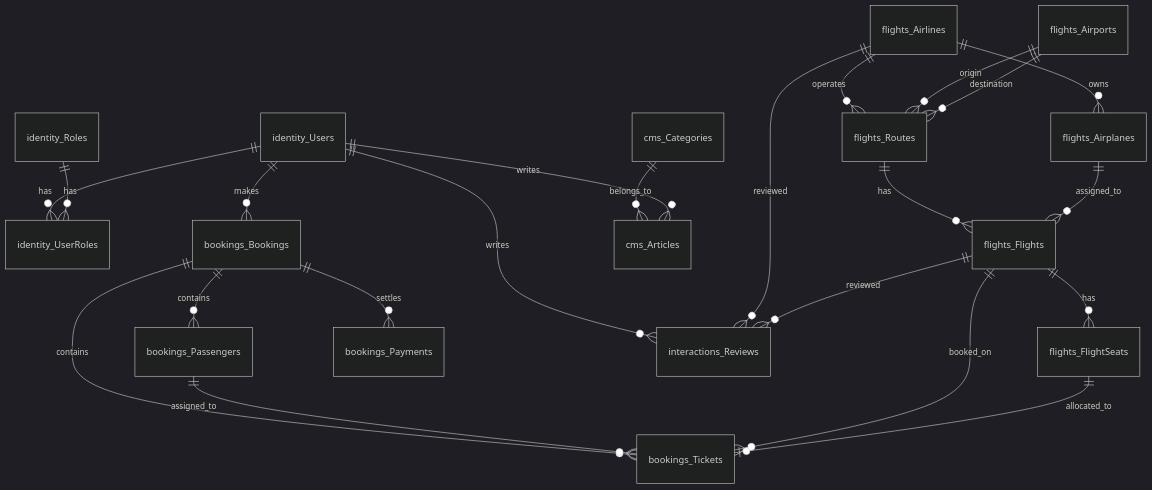
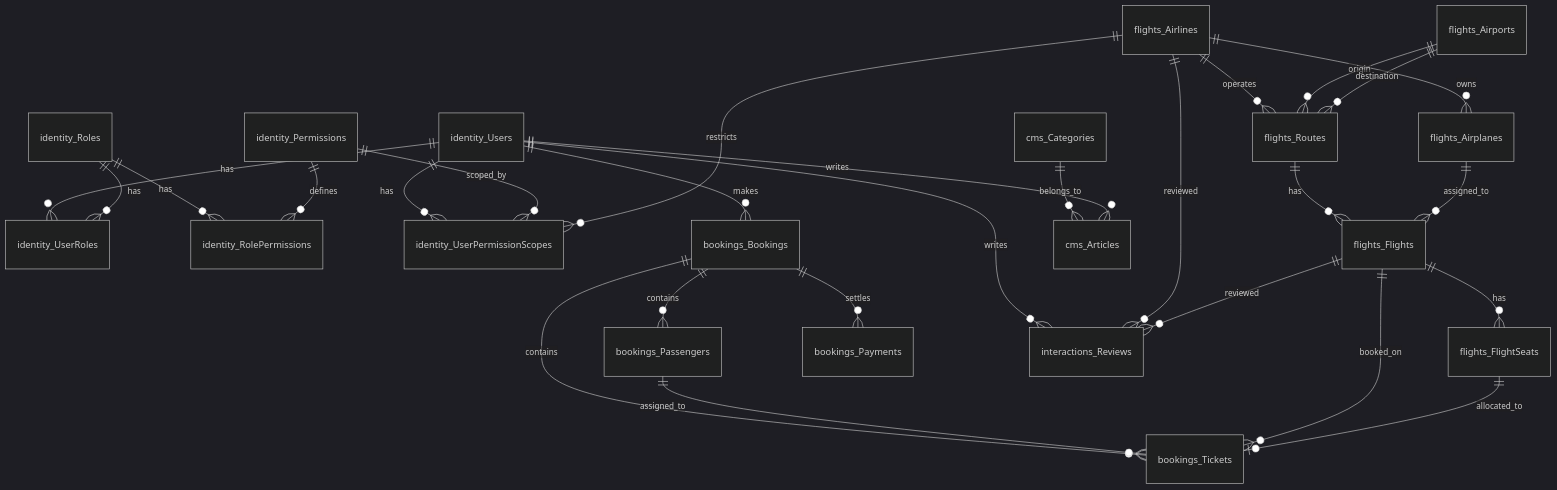
The diagram in docs/database/database_design.md (NgDuong1624/AirlineTicket.Backend), drawn with Mermaid (dark theme) before and after one commit. The commit also changed other lines of this file and 94 other files, not shown here.

````diff
--- a/docs/database/database_design.md
+++ b/docs/database/database_design.md
@@ -9,33 +9,38 @@
 ```mermaid
 erDiagram
     %% IDENTITY SCHEMA
     identity_Users ||--o{ identity_UserRoles : "has"
     identity_Roles ||--o{ identity_UserRoles : "has"
+    identity_Roles ||--o{ identity_RolePermissions : "has"
+    identity_Permissions ||--o{ identity_RolePermissions : "defines"
+    identity_Users ||--o{ identity_UserPermissionScopes : "has"
+    identity_Permissions ||--o{ identity_UserPermissionScopes : "scoped_by"
+    flights_Airlines ||--o{ identity_UserPermissionScopes : "restricts"
     
     %% FLIGHTS SCHEMA
     flights_Airlines ||--o{ flights_Airplanes : "owns"
     flights_Airlines ||--o{ flights_Routes : "operates"
     flights_Airports ||--o{ flights_Routes : "origin"
     flights_Airports ||--o{ flights_Routes : "destination"
     flights_Routes ||--o{ flights_Flights : "has"
     flights_Airplanes ||--o{ flights_Flights : "assigned_to"
     flights_Flights ||--o{ flights_FlightSeats : "has"
 
     %% BOOKINGS SCHEMA
     identity_Users ||--o{ bookings_Bookings : "makes"
     bookings_Bookings ||--o{ bookings_Passengers : "contains"
     bookings_Bookings ||--o{ bookings_Tickets : "contains"
     bookings_Bookings ||--o{ bookings_Payments : "settles"
     bookings_Passengers ||--o{ bookings_Tickets : "assigned_to"
     flights_Flights ||--o{ bookings_Tickets : "booked_on"
     flights_FlightSeats ||--o| bookings_Tickets : "allocated_to"
 
     %% INTERACTIONS SCHEMA
     identity_Users ||--o{ interactions_Reviews : "writes"
     flights_Airlines ||--o{ interactions_Reviews : "reviewed"
     flights_Flights ||--o{ interactions_Reviews : "reviewed"
 
     %% CMS SCHEMA
     cms_Categories ||--o{ cms_Articles : "belongs_to"
     identity_Users ||--o{ cms_Articles : "writes"
 ```
````
